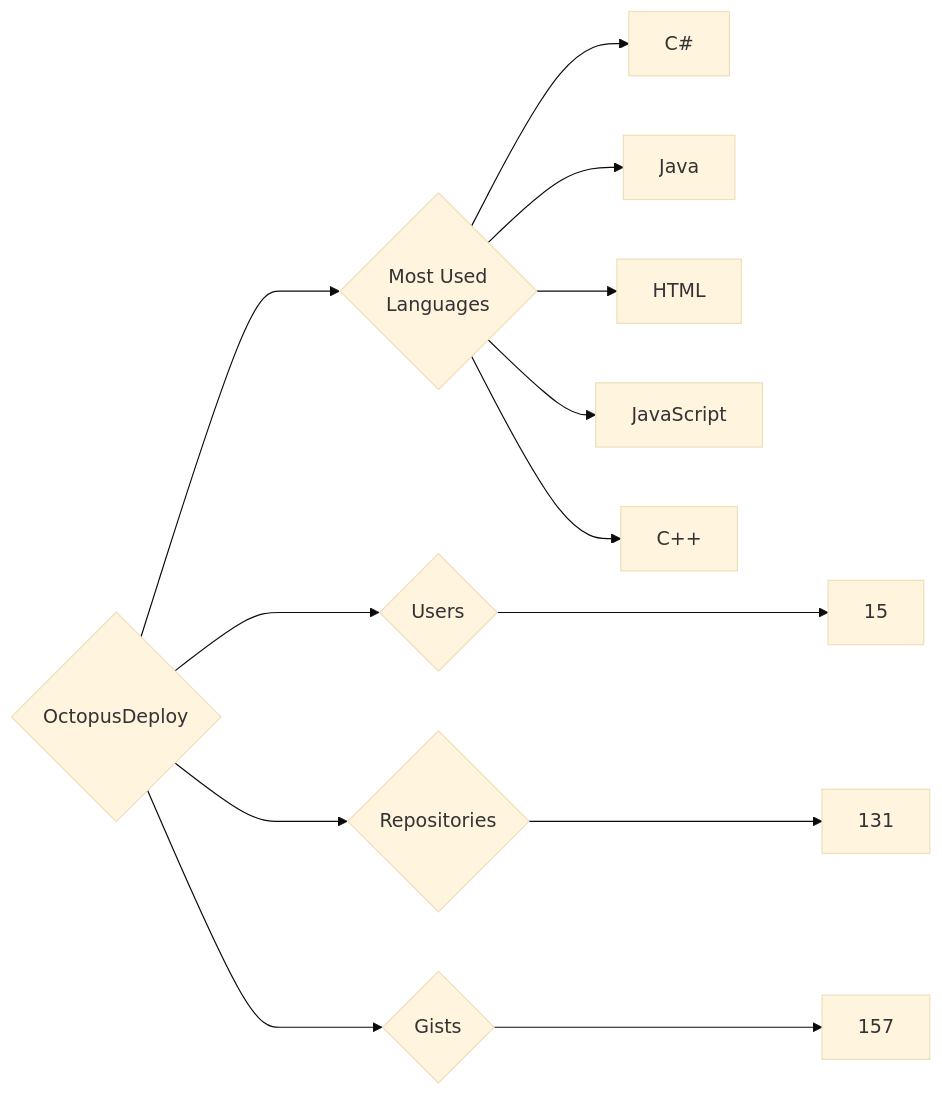
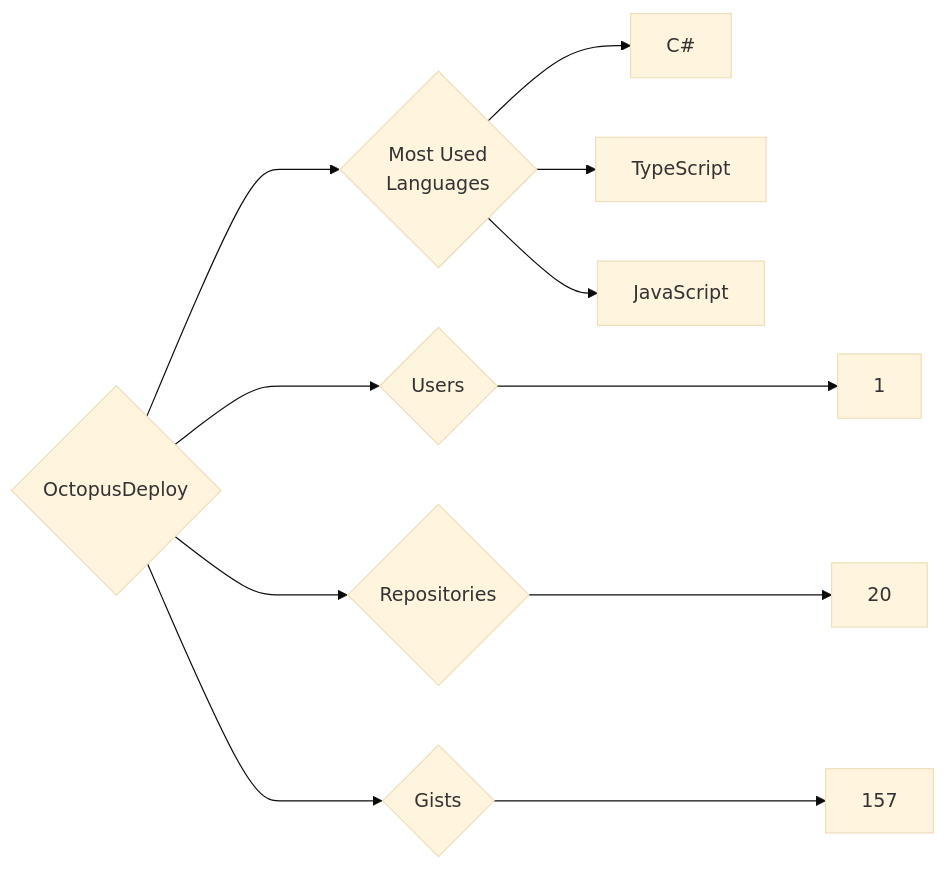
Before and after one commit to trickest/insiders: the diagram in targets/OctopusDeploy/README.md, drawn with Mermaid (base theme). The commit also changed 1248 other files, not shown here.

````diff
--- a/targets/OctopusDeploy/README.md
+++ b/targets/OctopusDeploy/README.md
@@ -3,13 +3,11 @@
 ```mermaid
 graph LR
 COMPANY_NAME{OctopusDeploy}
-COMPANY_NAME ---> U{Users} ---> UN[15]
-COMPANY_NAME ---> R{Repositories} ---> RN[131]
+COMPANY_NAME ---> U{Users} ---> UN[1]
+COMPANY_NAME ---> R{Repositories} ---> RN[20]
 COMPANY_NAME ---> G{Gists} ---> GN[157]
 COMPANY_NAME ---> ML{Most Used<br>Languages}
 ML --> C#[C#]
-ML --> Java[Java]
-ML --> HTML[HTML]
+ML --> TypeScript[TypeScript]
 ML --> JavaScript[JavaScript]
-ML --> C++[C++]
 ```
````
